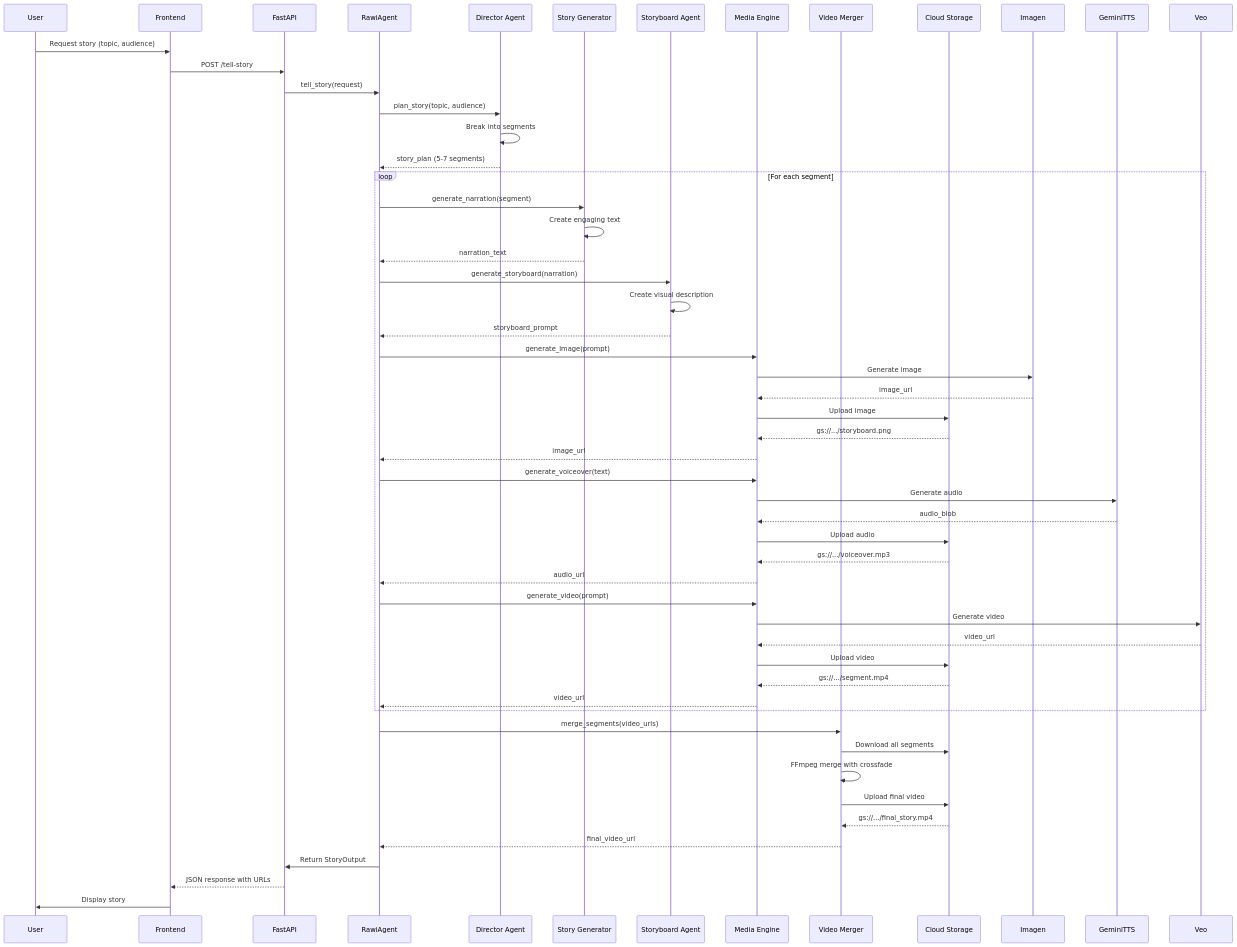
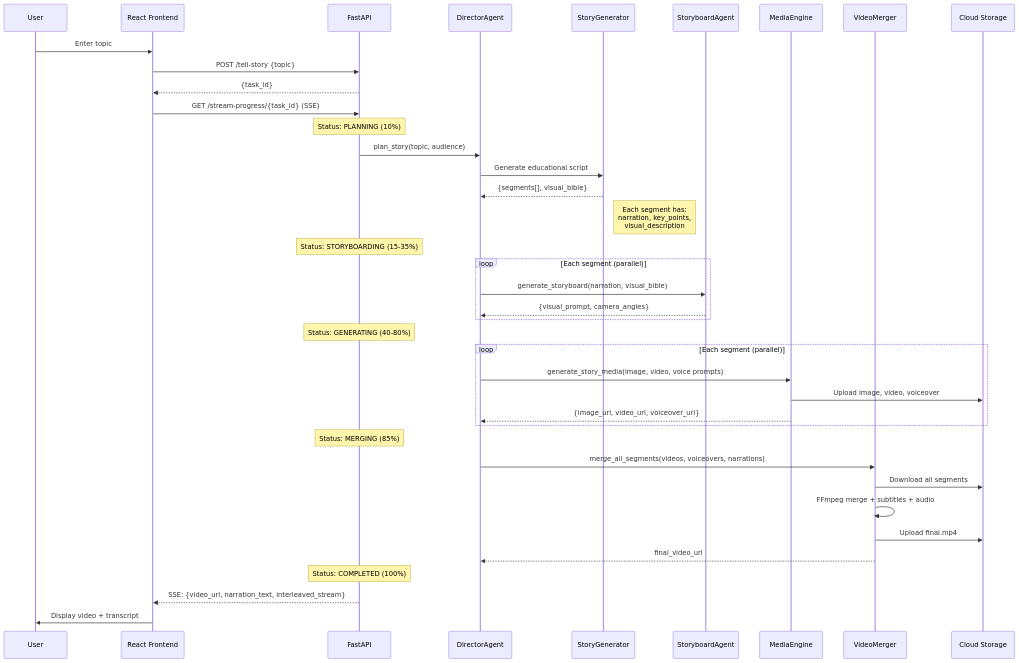
Before and after one commit to loaiwalid07/Rawi: the second of 3 diagrams in ARCHITECTURE.md, drawn with Mermaid. The commit also changed other lines of this file, not shown here.

Commit message:
docs: rewrite ARCHITECTURE.md with updated diagrams, agents, and deployment flow

````diff
--- a/ARCHITECTURE.md
+++ b/ARCHITECTURE.md
@@ -101,63 +92,47 @@
 ```mermaid
 sequenceDiagram
-    participant User as User
-    participant UI as Frontend
+    participant U as User
+    participant FE as React Frontend
     participant API as FastAPI
-    participant Rawi as RawiAgent
-    participant Director as Director Agent
-    participant StoryGen as Story Generator
-    participant Storyboard as Storyboard Agent
-    participant Media as Media Engine
-    participant Merger as Video Merger
+    participant DA as DirectorAgent
+    participant SG as StoryGenerator
+    participant SB as StoryboardAgent
+    participant ME as MediaEngine
+    participant VM as VideoMerger
     participant GCS as Cloud Storage
-    
-    User->>UI: Request story (topic, audience)
-    UI->>API: POST /tell-story
-    API->>Rawi: tell_story(request)
-    
-    Rawi->>Director: plan_story(topic, audience)
-    Director->>Director: Break into segments
-    Director-->>Rawi: story_plan (5-7 segments)
-    
-    loop For each segment
-        Rawi->>StoryGen: generate_narration(segment)
-        StoryGen->>StoryGen: Create engaging text
-        StoryGen-->>Rawi: narration_text
-        
-        Rawi->>Storyboard: generate_storyboard(narration)
-        Storyboard->>Storyboard: Create visual description
-        Storyboard-->>Rawi: storyboard_prompt
-        
-        Rawi->>Media: generate_image(prompt)
-        Media->>Imagen: Generate image
-        Imagen-->>Media: image_url
-        Media->>GCS: Upload image
-        GCS-->>Media: gs://.../storyboard.png
-        Media-->>Rawi: image_url
-        
-        Rawi->>Media: generate_voiceover(text)
-        Media->>GeminiTTS: Generate audio
-        GeminiTTS-->>Media: audio_blob
-        Media->>GCS: Upload audio
-        GCS-->>Media: gs://.../voiceover.mp3
-        Media-->>Rawi: audio_url
-        
-        Rawi->>Media: generate_video(prompt)
-        Media->>Veo: Generate video
-        Veo-->>Media: video_url
-        Media->>GCS: Upload video
-        GCS-->>Media: gs://.../segment.mp4
-        Media-->>Rawi: video_url
+
+    U->>FE: Enter topic
+    FE->>API: POST /tell-story {topic}
+    API-->>FE: {task_id}
+    FE->>API: GET /stream-progress/{task_id} (SSE)
+
+    Note over API: Status: PLANNING (10%)
+    API->>DA: plan_story(topic, audience)
+    DA->>SG: Generate educational script
+    SG-->>DA: {segments[], visual_bible}
+    Note right of SG: Each segment has:<br/>narration, key_points,<br/>visual_description
+
+    Note over API: Status: STORYBOARDING (15-35%)
+    loop Each segment (parallel)
+        DA->>SB: generate_storyboard(narration, visual_bible)
+        SB-->>DA: {visual_prompt, camera_angles}
     end
-    
-    Rawi->>Merger: merge_segments(video_urls)
-    Merger->>GCS: Download all segments
-    Merger->>Merger: FFmpeg merge with crossfade
-    Merger->>GCS: Upload final video
-    GCS-->>Merger: gs://.../final_story.mp4
-    Merger-->>Rawi: final_video_url
-    
-    Rawi->>API: Return StoryOutput
-    API-->>UI: JSON response with URLs
-    UI->>User: Display story
+
+    Note over API: Status: GENERATING (40-80%)
+    loop Each segment (parallel)
+        DA->>ME: generate_story_media(image, video, voice prompts)
+        ME->>GCS: Upload image, video, voiceover
+        ME-->>DA: {image_url, video_url, voiceover_url}
+    end
+
+    Note over API: Status: MERGING (85%)
+    DA->>VM: merge_all_segments(videos, voiceovers, narrations)
+    VM->>GCS: Download all segments
+    VM->>VM: FFmpeg merge + subtitles + audio
+    VM->>GCS: Upload final.mp4
+    VM-->>DA: final_video_url
+
+    Note over API: Status: COMPLETED (100%)
+    API-->>FE: SSE: {video_url, narration_text, interleaved_stream}
+    FE->>U: Display video + transcript
 ```
````
